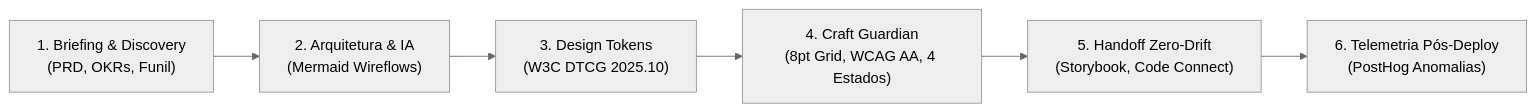
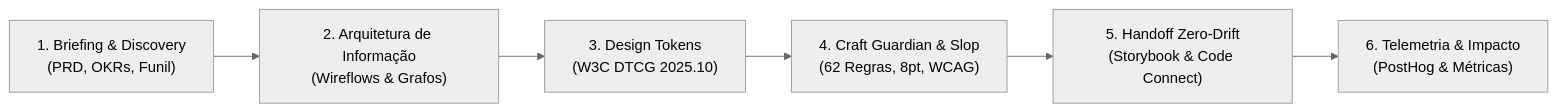
One commit to Phillnascimento/open-ux-harness changed the diagram in README.md. Above: the diagram before and after it, drawn with Mermaid (neutral theme). The commit also changed other lines of this file and 3 other files, not shown here.

````diff
--- a/README.md
+++ b/README.md
@@ -42,8 +61,8 @@
 ```mermaid
 flowchart LR
-    P1["1. Briefing & Discovery\n(PRD, OKRs, Funil)"] --> P2["2. Arquitetura & IA\n(Mermaid Wireflows)"]
+    P1["1. Briefing & Discovery\n(PRD, OKRs, Funil)"] --> P2["2. Arquitetura de Informação\n(Wireflows & Grafos)"]
     P2 --> P3["3. Design Tokens\n(W3C DTCG 2025.10)"]
-    P3 --> P4["4. Craft Guardian\n(8pt Grid, WCAG AA, 4 Estados)"]
-    P4 --> P5["5. Handoff Zero-Drift\n(Storybook, Code Connect)"]
-    P5 --> P6["6. Telemetria Pós-Deploy\n(PostHog Anomalias)"]
+    P3 --> P4["4. Craft Guardian & Slop\n(62 Regras, 8pt, WCAG)"]
+    P4 --> P5["5. Handoff Zero-Drift\n(Storybook & Code Connect)"]
+    P5 --> P6["6. Telemetria & Impacto\n(PostHog & Métricas)"]
 ```
````
